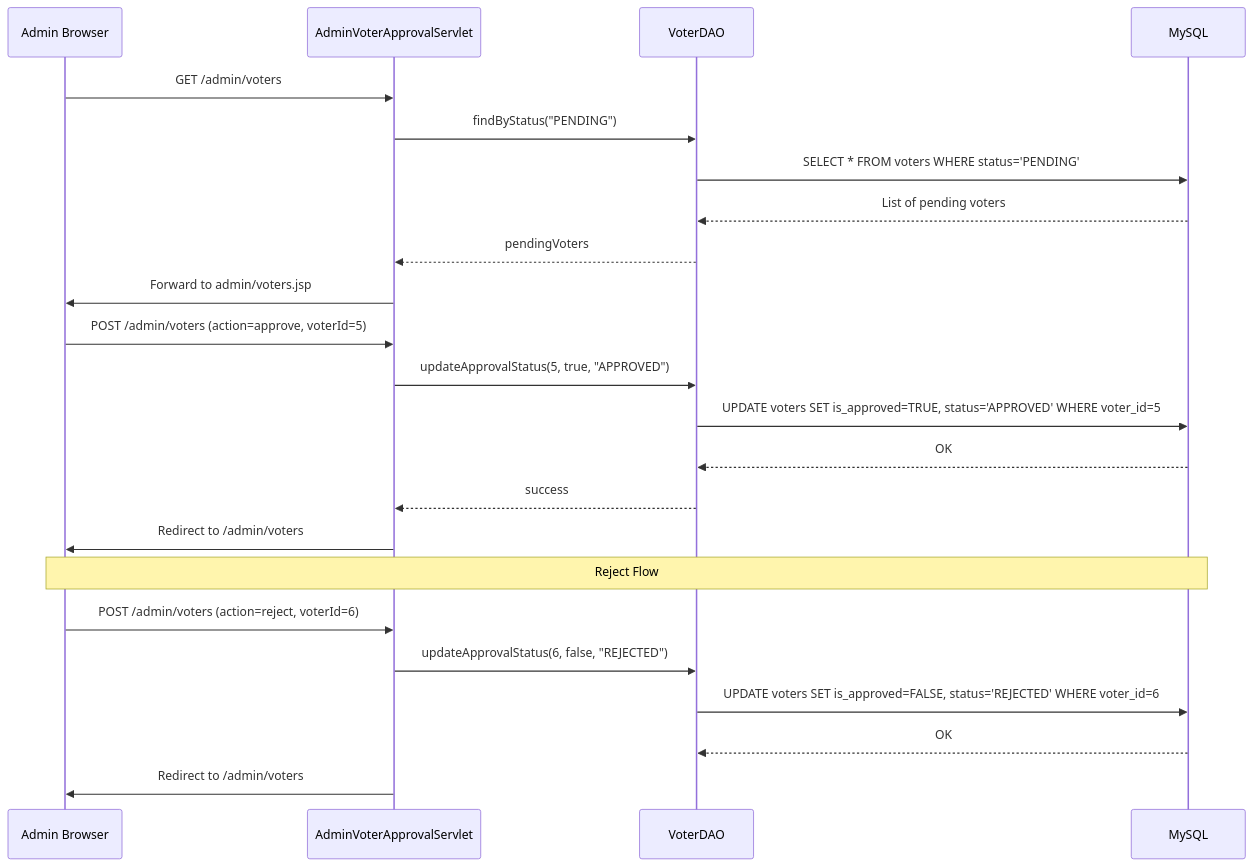
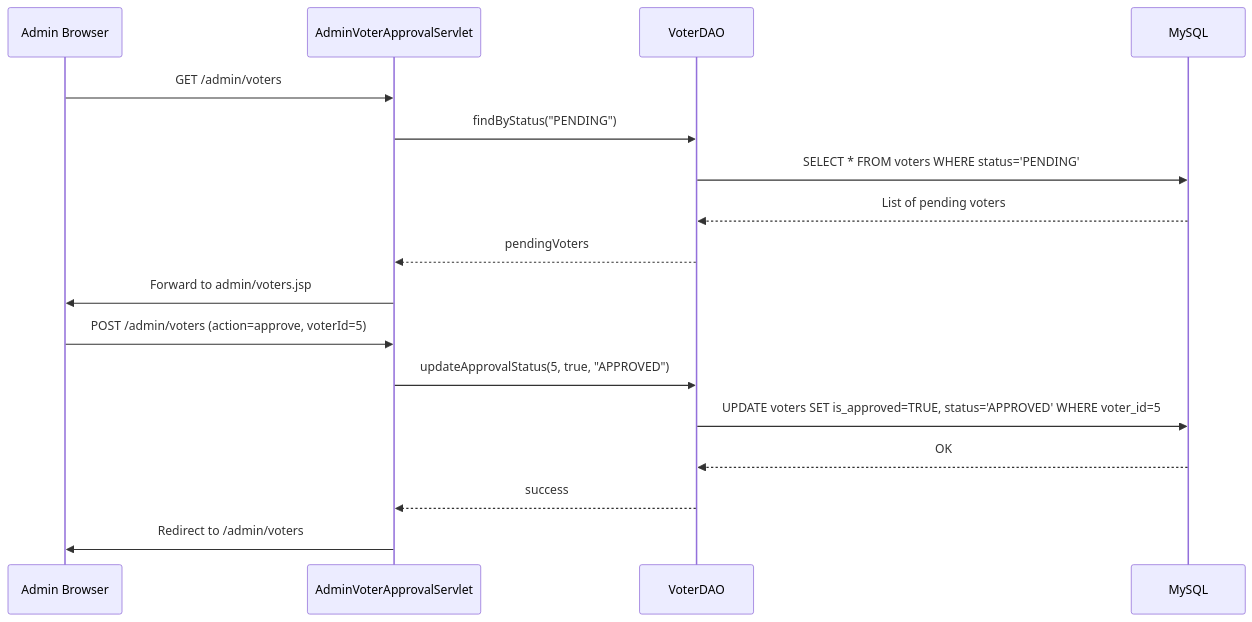
One commit to kartikeysingh72/E-Voting changed diagram 15 of 21 in TECHNICAL_DOCUMENTATION.md. Above: the diagram before and after it, drawn with Mermaid. The commit also changed other lines of this file and 2 other files, not shown here.

````diff
--- a/TECHNICAL_DOCUMENTATION.md
+++ b/TECHNICAL_DOCUMENTATION.md
@@ -817,33 +893,25 @@
 ```mermaid
 sequenceDiagram
     participant A as Admin Browser
     participant AVAS as AdminVoterApprovalServlet
     participant VDAO as VoterDAO
     participant DB as MySQL
 
     A->>AVAS: GET /admin/voters
 
     AVAS->>VDAO: findByStatus("PENDING")
     VDAO->>DB: SELECT * FROM voters WHERE status='PENDING'
     DB-->>VDAO: List of pending voters
     VDAO-->>AVAS: pendingVoters
 
     AVAS->>A: Forward to admin/voters.jsp
 
     A->>AVAS: POST /admin/voters (action=approve, voterId=5)
 
     AVAS->>VDAO: updateApprovalStatus(5, true, "APPROVED")
     VDAO->>DB: UPDATE voters SET is_approved=TRUE, status='APPROVED' WHERE voter_id=5
     DB-->>VDAO: OK
     VDAO-->>AVAS: success
 
     AVAS->>A: Redirect to /admin/voters
-
-    Note over A,DB: Reject Flow
-
-    A->>AVAS: POST /admin/voters (action=reject, voterId=6)
-    AVAS->>VDAO: updateApprovalStatus(6, false, "REJECTED")
-    VDAO->>DB: UPDATE voters SET is_approved=FALSE, status='REJECTED' WHERE voter_id=6
-    DB-->>VDAO: OK
-    AVAS->>A: Redirect to /admin/voters
 ```
````
